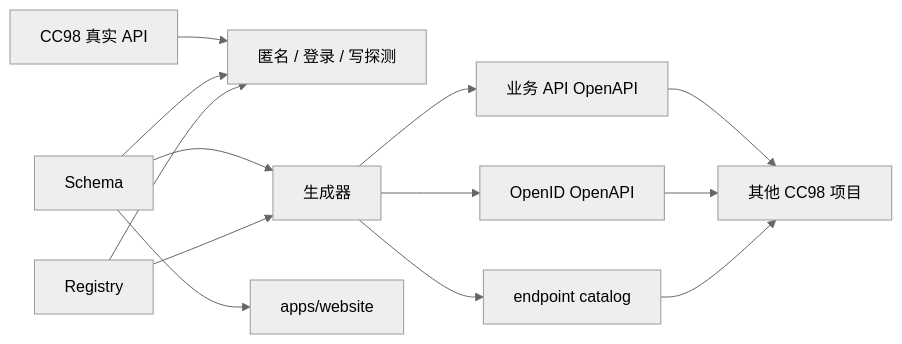
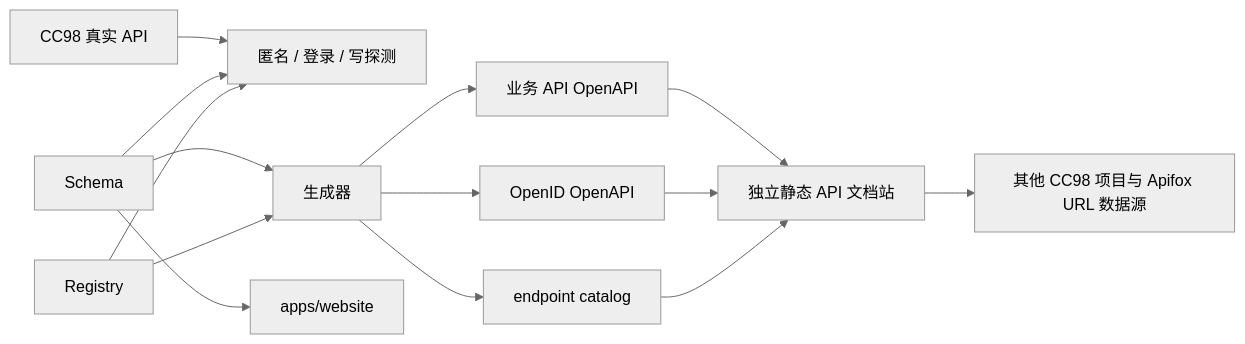
Before and after one commit to shellRaining/cc98: the first of 4 diagrams in ARCHITECTURE.md, drawn with Mermaid (neutral theme). The commit also changed other lines of this file and 14 other files, not shown here.

Commit message:
feat(api): 托管 OpenAPI 文档并停用 Apifox CLI

````diff
--- a/ARCHITECTURE.md
+++ b/ARCHITECTURE.md
@@ -9,15 +9,16 @@
 ```mermaid
 flowchart LR
   Live["CC98 真实 API"] --> Probe["匿名 / 登录 / 写探测"]
   Schema --> Probe
   Registry --> Probe
   Schema --> Generator["生成器"]
   Registry --> Generator
   Generator --> ApiOpenAPI["业务 API OpenAPI"]
   Generator --> OpenIdOpenAPI["OpenID OpenAPI"]
   Generator --> Catalog["endpoint catalog"]
+  ApiOpenAPI --> Docs["独立静态 API 文档站"]
+  OpenIdOpenAPI --> Docs
+  Catalog --> Docs
   Schema --> Website["apps/website"]
-  ApiOpenAPI --> Community["其他 CC98 项目"]
-  OpenIdOpenAPI --> Community
-  Catalog --> Community
+  Docs --> Community["其他 CC98 项目与 Apifox URL 数据源"]
 ```
````
